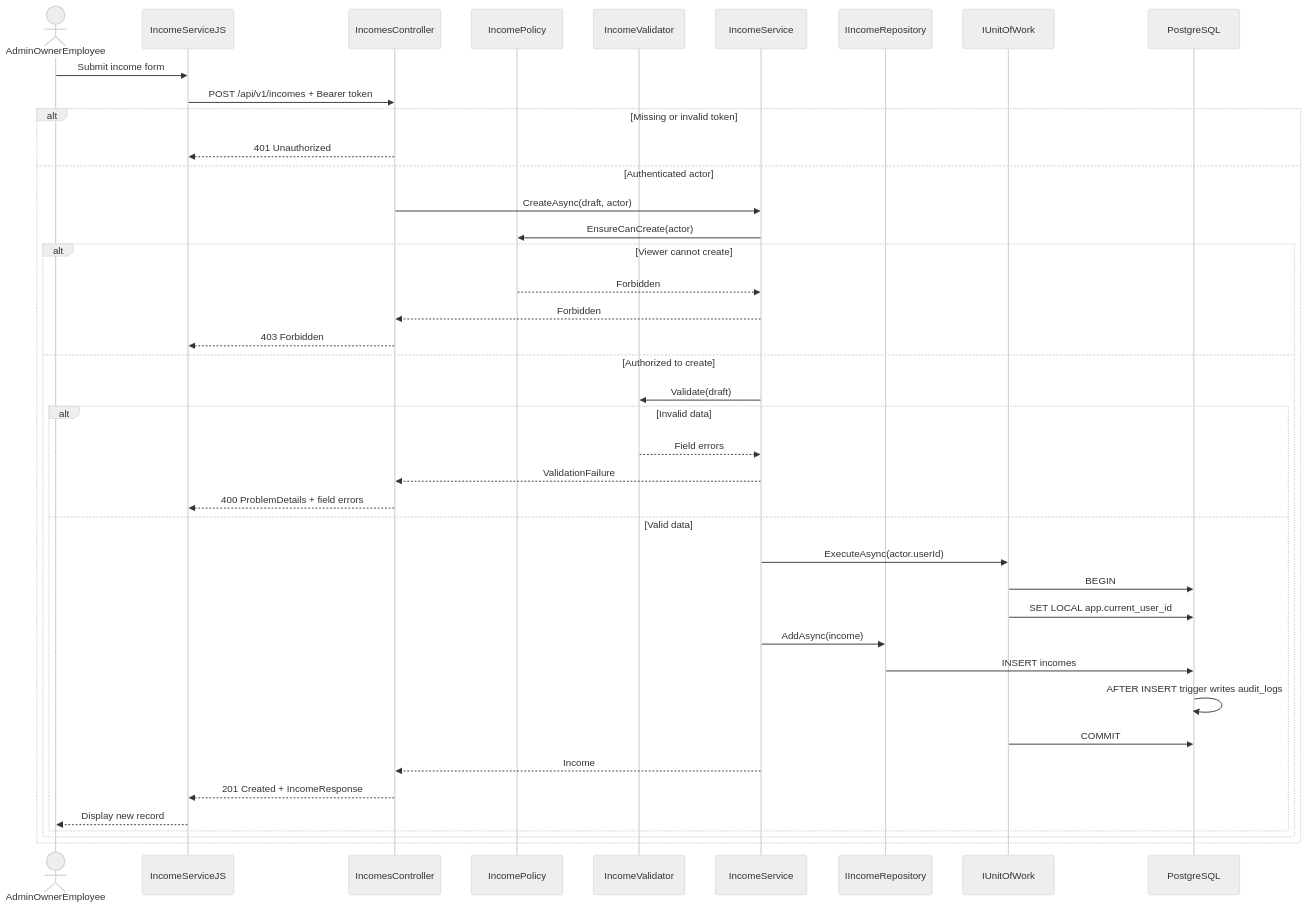
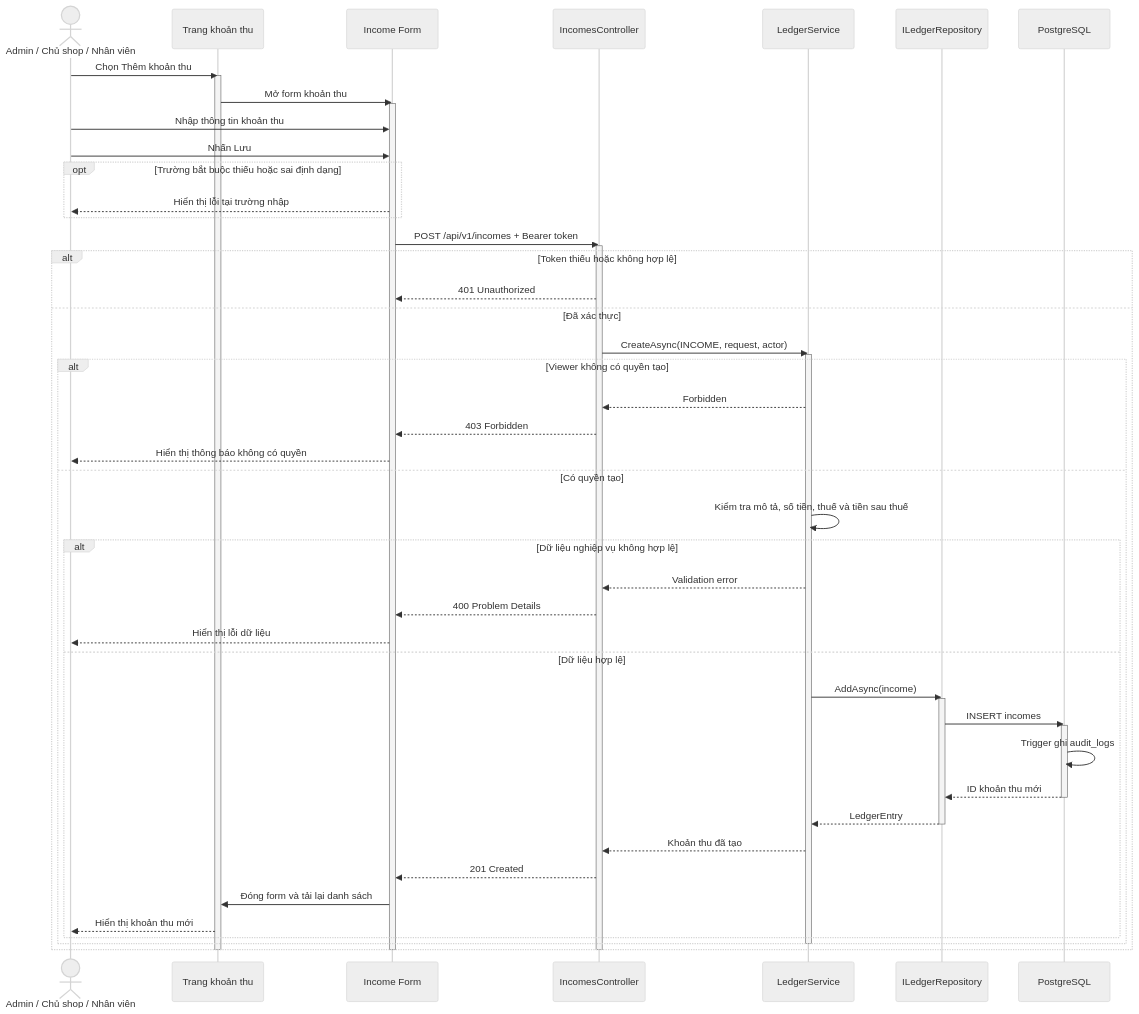
The second of 5 diagrams in docs/architecture/uml/02-sequence-diagrams.md (PhamHiep948/finance-manager), drawn with Mermaid (neutral theme) before and after one commit. The commit also changed other lines of this file, not shown here.

Commit message:
Sua phan sequece diagram

````diff
--- a/docs/architecture/uml/02-sequence-diagrams.md
+++ b/docs/architecture/uml/02-sequence-diagrams.md
@@ -66,45 +88,60 @@
 ```mermaid
 sequenceDiagram
-    actor User as AdminOwnerEmployee
-    participant Web as IncomeServiceJS
-    participant Api as IncomesController
-    participant Policy as IncomePolicy
-    participant Validator as IncomeValidator
-    participant Service as IncomeService
-    participant IncomeRepo as IIncomeRepository
-    participant Uow as IUnitOfWork
-    participant Db as PostgreSQL
+    actor User as Admin / Chủ shop / Nhân viên
+    participant Page as Trang khoản thu
+    participant Form as Income Form
+    participant API as IncomesController
+    participant Service as LedgerService
+    participant Repo as ILedgerRepository
+    participant DB as PostgreSQL
 
-    User->>Web: Submit income form
-    Web->>Api: POST /api/v1/incomes + Bearer token
+    User->>Page: Chọn Thêm khoản thu
+    activate Page
+    Page->>Form: Mở form khoản thu
+    activate Form
+    User->>Form: Nhập thông tin khoản thu
+    User->>Form: Nhấn Lưu
 
-    alt Missing or invalid token
-        Api-->>Web: 401 Unauthorized
-    else Authenticated actor
-        Api->>Service: CreateAsync(draft, actor)
-        Service->>Policy: EnsureCanCreate(actor)
-        alt Viewer cannot create
-            Policy-->>Service: Forbidden
-            Service-->>Api: Forbidden
-            Api-->>Web: 403 Forbidden
-        else Authorized to create
-            Service->>Validator: Validate(draft)
-            alt Invalid data
-                Validator-->>Service: Field errors
-                Service-->>Api: ValidationFailure
-                Api-->>Web: 400 ProblemDetails + field errors
-            else Valid data
-                Service->>Uow: ExecuteAsync(actor.userId)
-                Uow->>Db: BEGIN
-                Uow->>Db: SET LOCAL app.current_user_id
-                Service->>IncomeRepo: AddAsync(income)
-                IncomeRepo->>Db: INSERT incomes
-                Db->>Db: AFTER INSERT trigger writes audit_logs
-                Uow->>Db: COMMIT
-                Service-->>Api: Income
-                Api-->>Web: 201 Created + IncomeResponse
-                Web-->>User: Display new record
+    opt Trường bắt buộc thiếu hoặc sai định dạng
+        Form-->>User: Hiển thị lỗi tại trường nhập
+    end
+
+    Form->>API: POST /api/v1/incomes + Bearer token
+    activate API
+    alt Token thiếu hoặc không hợp lệ
+        API-->>Form: 401 Unauthorized
+    else Đã xác thực
+        API->>Service: CreateAsync(INCOME, request, actor)
+        activate Service
+        alt Viewer không có quyền tạo
+            Service-->>API: Forbidden
+            API-->>Form: 403 Forbidden
+            Form-->>User: Hiển thị thông báo không có quyền
+        else Có quyền tạo
+            Service->>Service: Kiểm tra mô tả, số tiền, thuế và tiền sau thuế
+            alt Dữ liệu nghiệp vụ không hợp lệ
+                Service-->>API: Validation error
+                API-->>Form: 400 Problem Details
+                Form-->>User: Hiển thị lỗi dữ liệu
+            else Dữ liệu hợp lệ
+                Service->>Repo: AddAsync(income)
+                activate Repo
+                Repo->>DB: INSERT incomes
+                activate DB
+                DB->>DB: Trigger ghi audit_logs
+                DB-->>Repo: ID khoản thu mới
+                deactivate DB
+                Repo-->>Service: LedgerEntry
+                deactivate Repo
+                Service-->>API: Khoản thu đã tạo
+                API-->>Form: 201 Created
+                Form->>Page: Đóng form và tải lại danh sách
+                Page-->>User: Hiển thị khoản thu mới
             end
         end
+        deactivate Service
     end
+    deactivate API
+    deactivate Form
+    deactivate Page
 ```
````
